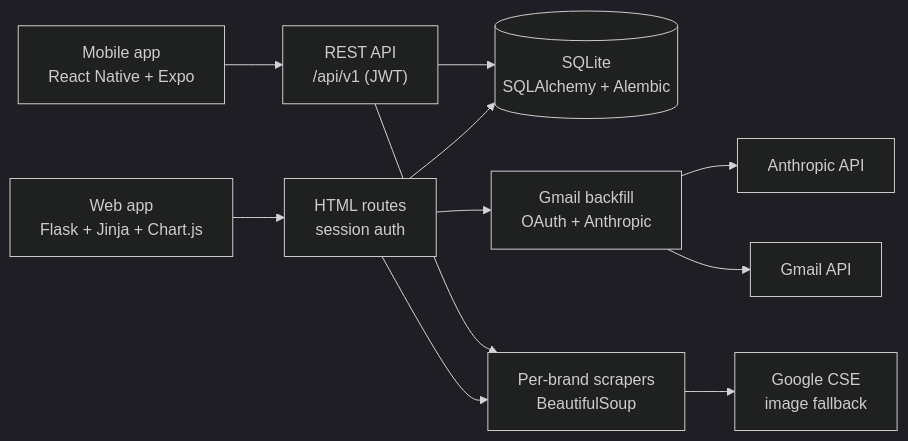
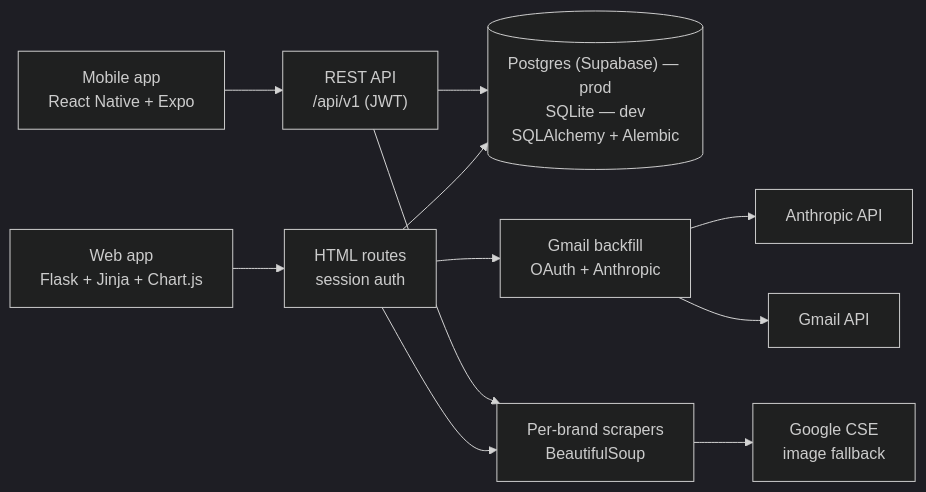
The diagram in README.md (yoowon90/unhooked), drawn with Mermaid (dark theme) before and after one commit. The commit also changed other lines of this file and 1 other file, not shown here.

First line of the commit message:
Update README/mobile docs to reflect Postgres prod cutover

````diff
--- a/README.md
+++ b/README.md
@@ -60,13 +60,13 @@
 ```mermaid
 flowchart LR
   Web["Web app<br/>Flask + Jinja + Chart.js"] --> HTML["HTML routes<br/>session auth"]
   Mobile["Mobile app<br/>React Native + Expo"] --> API["REST API<br/>/api/v1 (JWT)"]
-  HTML --> DB[("SQLite<br/>SQLAlchemy + Alembic")]
+  HTML --> DB[("Postgres (Supabase) — prod<br/>SQLite — dev<br/>SQLAlchemy + Alembic")]
   API --> DB
   HTML --> Scraper["Per-brand scrapers<br/>BeautifulSoup"]
   API --> Scraper
   HTML --> Backfill["Gmail backfill<br/>OAuth + Anthropic"]
   Backfill --> Anthropic["Anthropic API"]
   Backfill --> Gmail["Gmail API"]
   Scraper --> CSE["Google CSE<br/>image fallback"]
 ```
````
